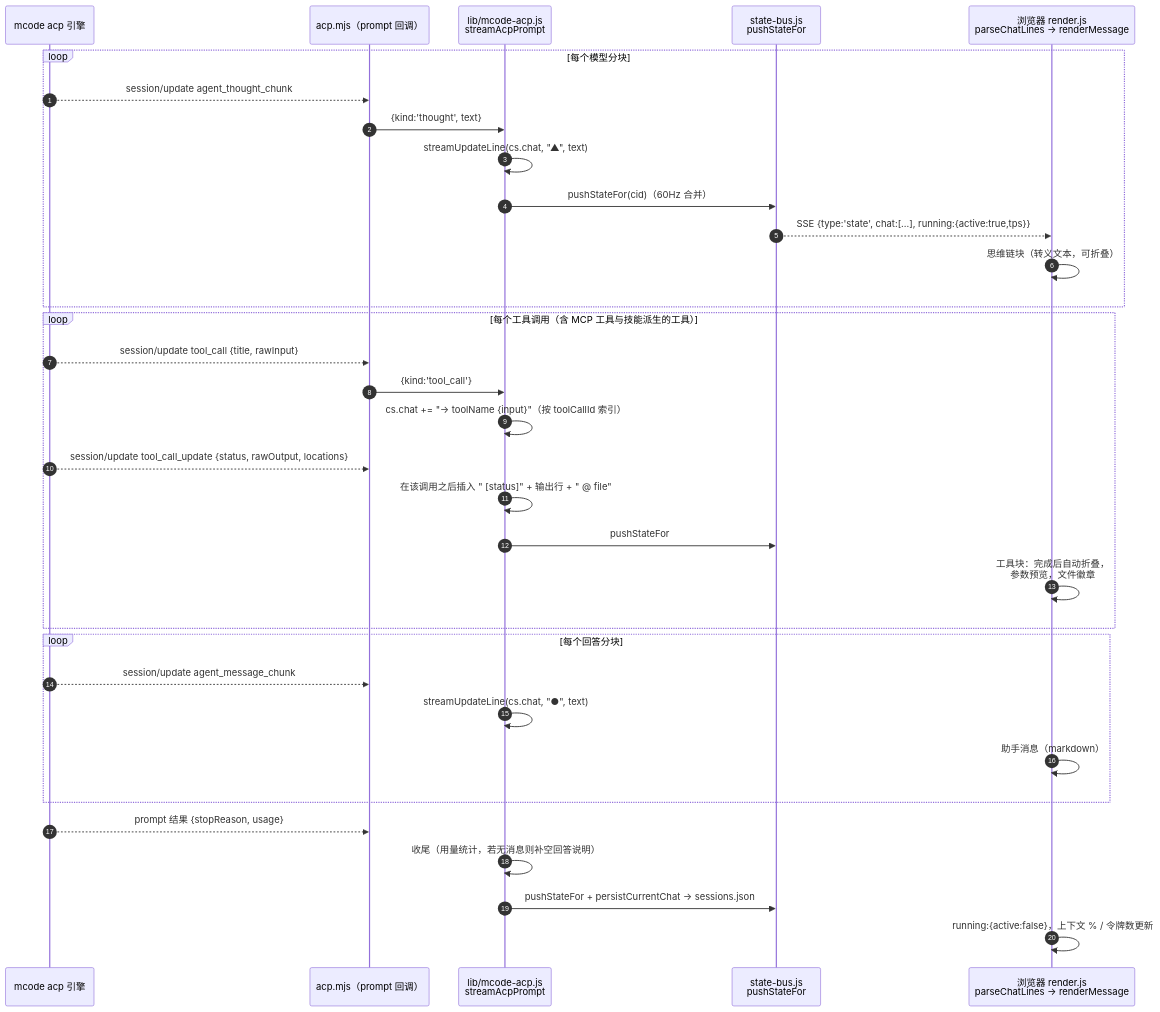
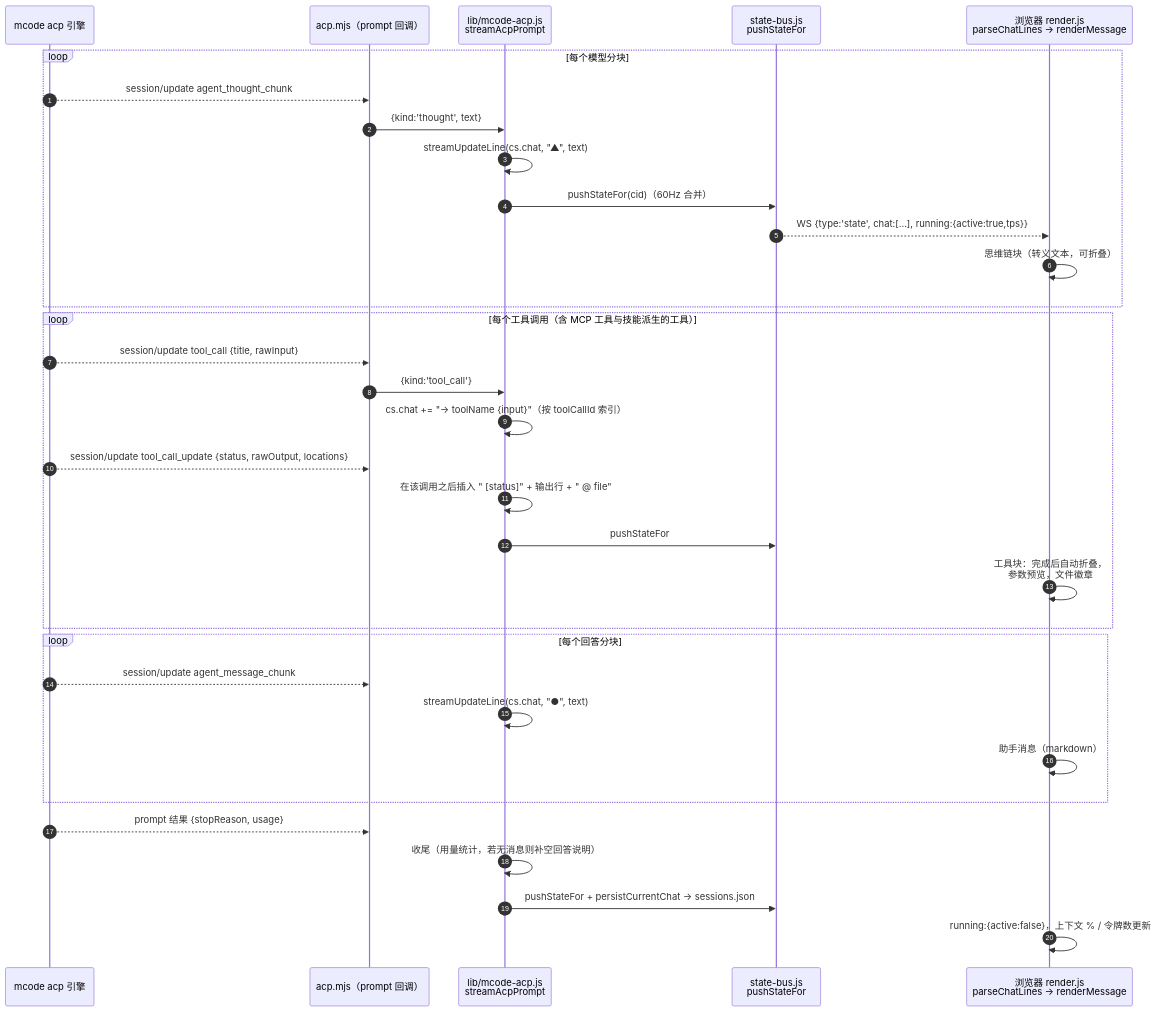
One commit to mcode-webui/minimax-code-web changed the second of 4 diagrams in packages/webui/docs/ARCHITECTURE.zh-CN.md. Above: the diagram before and after it, drawn with Mermaid. The commit also changed other lines of this file and 71 other files, not shown here.

````diff
--- a/packages/webui/docs/ARCHITECTURE.zh-CN.md
+++ b/packages/webui/docs/ARCHITECTURE.zh-CN.md
@@ -165,36 +166,36 @@
 ```mermaid
 sequenceDiagram
     autonumber
     participant E as mcode acp 引擎
     participant A as acp.mjs（prompt 回调）
     participant M as lib/mcode-acp.js<br/>streamAcpPrompt
     participant S as state-bus.js<br/>pushStateFor
     participant B as 浏览器 render.js<br/>parseChatLines → renderMessage
 
     loop 每个模型分块
         E-->>A: session/update agent_thought_chunk
         A->>M: {kind:'thought', text}
         M->>M: streamUpdateLine(cs.chat, "▲", text)
         M->>S: pushStateFor(cid)（60Hz 合并）
-        S-->>B: SSE {type:'state', chat:[...], running:{active:true,tps}}
+        S-->>B: WS {type:'state', chat:[...], running:{active:true,tps}}
         B->>B: 思维链块（转义文本，可折叠）
     end
     loop 每个工具调用（含 MCP 工具与技能派生的工具）
         E-->>A: session/update tool_call {title, rawInput}
         A->>M: {kind:'tool_call'}
         M->>M: cs.chat += "→ toolName  {input}"（按 toolCallId 索引）
         E-->>A: session/update tool_call_update {status, rawOutput, locations}
         M->>M: 在该调用之后插入 "  [status]" + 输出行 + "  @ file"
         M->>S: pushStateFor
         B->>B: 工具块：完成后自动折叠，<br/>参数预览，文件徽章
     end
     loop 每个回答分块
         E-->>A: session/update agent_message_chunk
         M->>M: streamUpdateLine(cs.chat, "●", text)
         B->>B: 助手消息（markdown）
     end
     E-->>A: prompt 结果 {stopReason, usage}
     M->>M: 收尾（用量统计，若无消息则补空回答说明）
     M->>S: pushStateFor + persistCurrentChat → sessions.json
     B->>B: running:{active:false}，上下文 % / 令牌数更新
 ```
````
